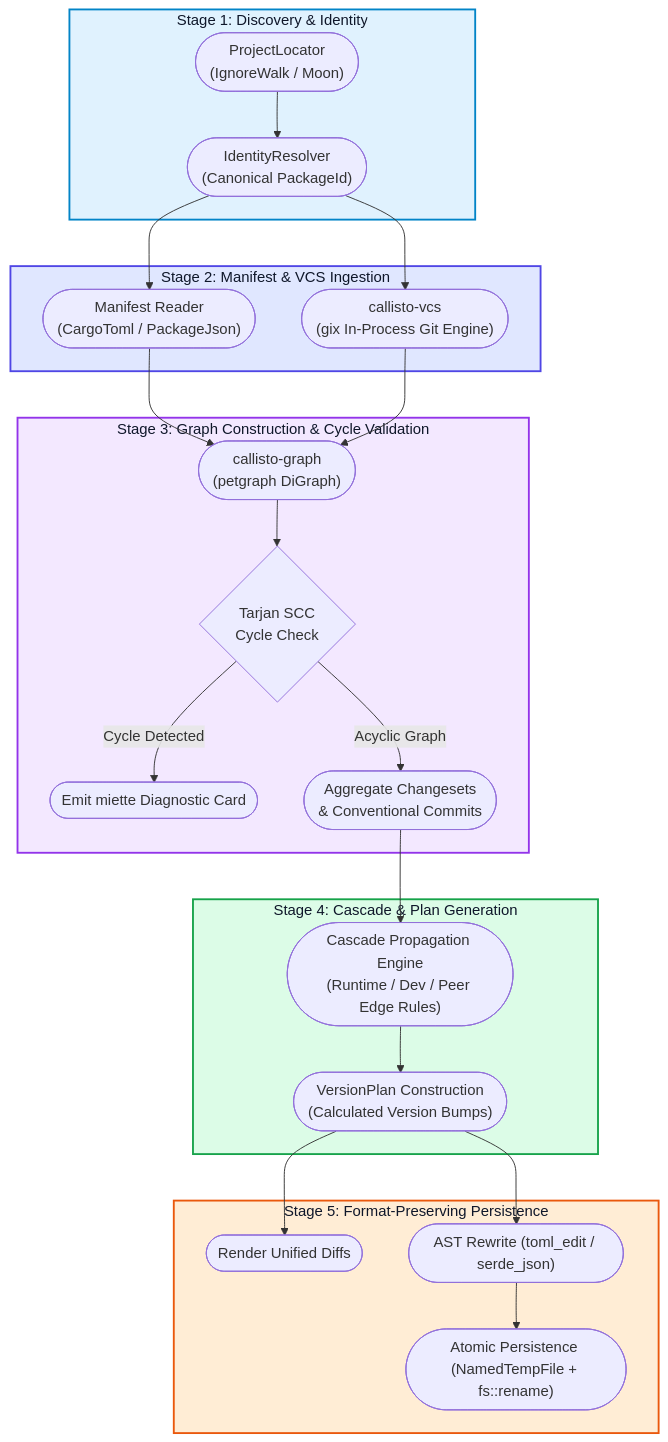
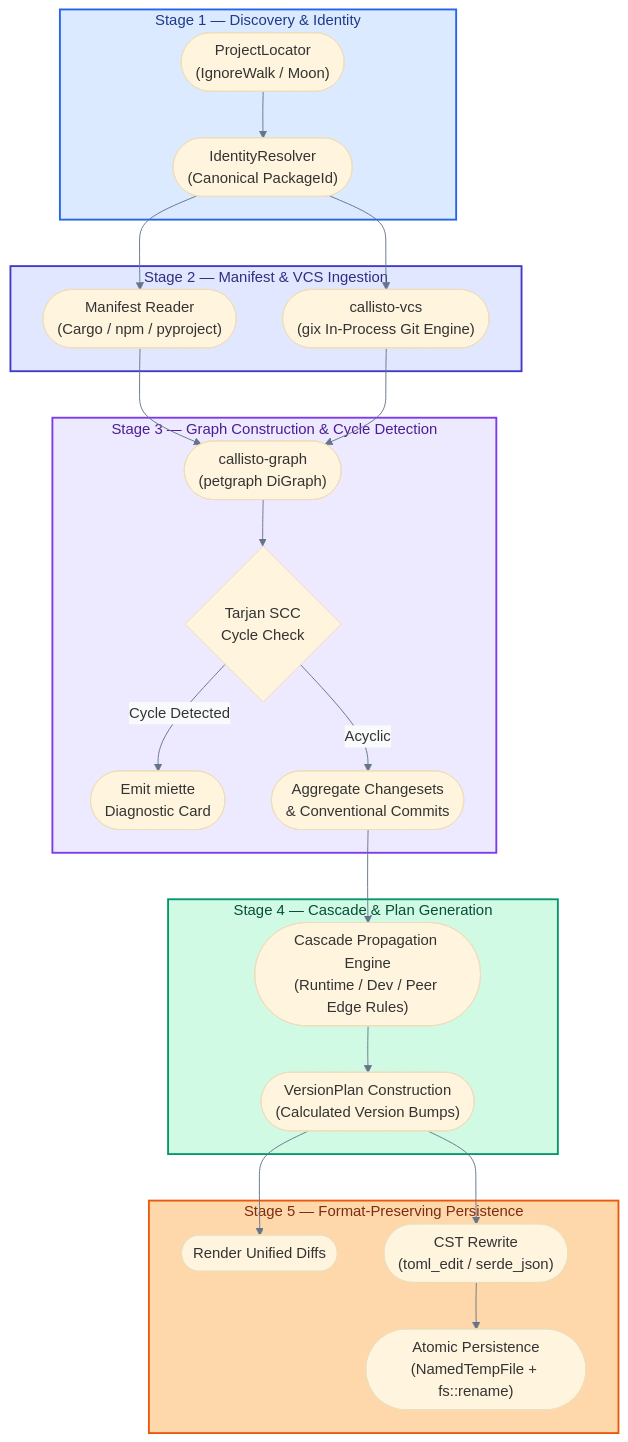
The first of 4 diagrams in ARCHITECTURE.md (orin-dx/callisto), drawn with Mermaid before and after one commit. The commit also changed other lines of this file and 10 other files, not shown here.

````diff
--- a/ARCHITECTURE.md
+++ b/ARCHITECTURE.md
@@ -29,36 +29,37 @@
 ```mermaid
+%%{init: {'theme': 'base', 'themeVariables': {'lineColor': '#64748b', 'edgeLabelBackground': '#f8fafc', 'fontFamily': 'ui-sans-serif, system-ui, sans-serif'}}}%%
 flowchart TB
-    subgraph Stage1 ["Stage 1: Discovery & Identity"]
+    subgraph Stage1 ["Stage 1 — Discovery & Identity"]
         PL(["ProjectLocator<br/>(IgnoreWalk / Moon)"]) --> IR(["IdentityResolver<br/>(Canonical PackageId)"])
     end
 
-    subgraph Stage2 ["Stage 2: Manifest & VCS Ingestion"]
-        IR --> MR(["Manifest Reader<br/>(CargoToml / PackageJson)"])
+    subgraph Stage2 ["Stage 2 — Manifest & VCS Ingestion"]
+        IR --> MR(["Manifest Reader<br/>(Cargo / npm / pyproject)"])
         IR --> VCS(["callisto-vcs<br/>(gix In-Process Git Engine)"])
     end
 
-    subgraph Stage3 ["Stage 3: Graph Construction & Cycle Validation"]
+    subgraph Stage3 ["Stage 3 — Graph Construction & Cycle Detection"]
         MR --> DAG(["callisto-graph<br/>(petgraph DiGraph)"])
         VCS --> DAG
         DAG --> SCC{"Tarjan SCC<br/>Cycle Check"}
-        SCC -- "Cycle Detected" --> Err(["Emit miette Diagnostic Card"])
-        SCC -- "Acyclic Graph" --> Agg(["Aggregate Changesets<br/>& Conventional Commits"])
+        SCC -- "Cycle Detected" --> Err(["Emit miette<br/>Diagnostic Card"])
+        SCC -- "Acyclic" --> Agg(["Aggregate Changesets<br/>& Conventional Commits"])
     end
 
-    subgraph Stage4 ["Stage 4: Cascade & Plan Generation"]
+    subgraph Stage4 ["Stage 4 — Cascade & Plan Generation"]
         Agg --> Cascade(["Cascade Propagation Engine<br/>(Runtime / Dev / Peer Edge Rules)"])
         Cascade --> Plan(["VersionPlan Construction<br/>(Calculated Version Bumps)"])
     end
 
-    subgraph Stage5 ["Stage 5: Format-Preserving Persistence"]
+    subgraph Stage5 ["Stage 5 — Format-Preserving Persistence"]
         Plan --> Diff(["Render Unified Diffs"])
-        Plan --> AST(["AST Rewrite (toml_edit / serde_json)"])
-        AST --> Atomic(["Atomic Persistence (NamedTempFile + fs::rename)"])
+        Plan --> AST(["CST Rewrite<br/>(toml_edit / serde_json)"])
+        AST --> Atomic(["Atomic Persistence<br/>(NamedTempFile + fs::rename)"])
     end
 
-    style Stage1 fill:#e0f2fe,stroke:#0284c7,stroke-width:2px,color:#0f172a
-    style Stage2 fill:#e0e7ff,stroke:#4f46e5,stroke-width:2px,color:#0f172a
-    style Stage3 fill:#f3e8ff,stroke:#9333ea,stroke-width:2px,color:#0f172a
-    style Stage4 fill:#dcfce7,stroke:#16a34a,stroke-width:2px,color:#0f172a
-    style Stage5 fill:#ffedd5,stroke:#ea580c,stroke-width:2px,color:#0f172a
+    style Stage1 fill:#dbeafe,stroke:#2563eb,stroke-width:2px,color:#1e3a8a
+    style Stage2 fill:#e0e7ff,stroke:#4338ca,stroke-width:2px,color:#312e81
+    style Stage3 fill:#ede9fe,stroke:#7c3aed,stroke-width:2px,color:#4c1d95
+    style Stage4 fill:#d1fae5,stroke:#059669,stroke-width:2px,color:#064e3b
+    style Stage5 fill:#fed7aa,stroke:#ea580c,stroke-width:2px,color:#7c2d12
 ```
````
